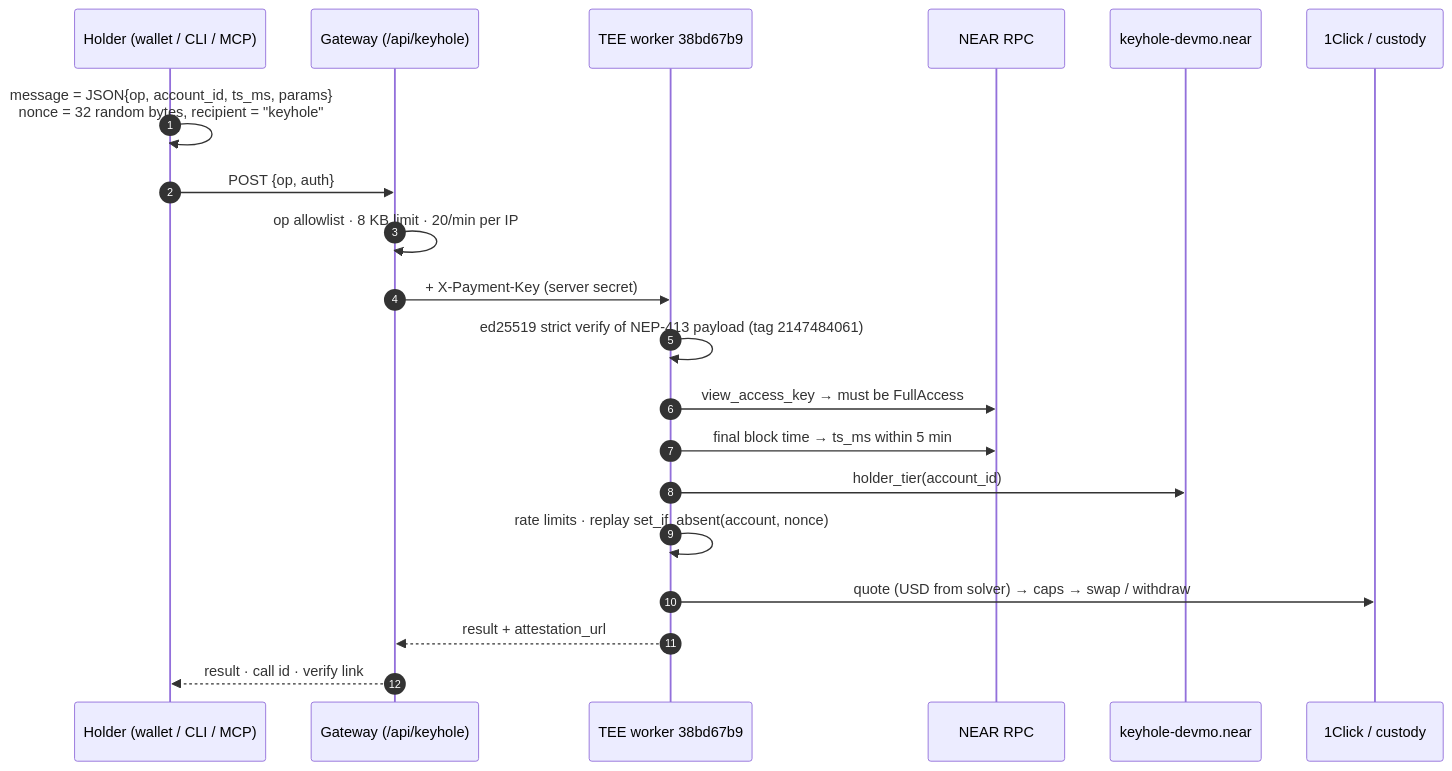
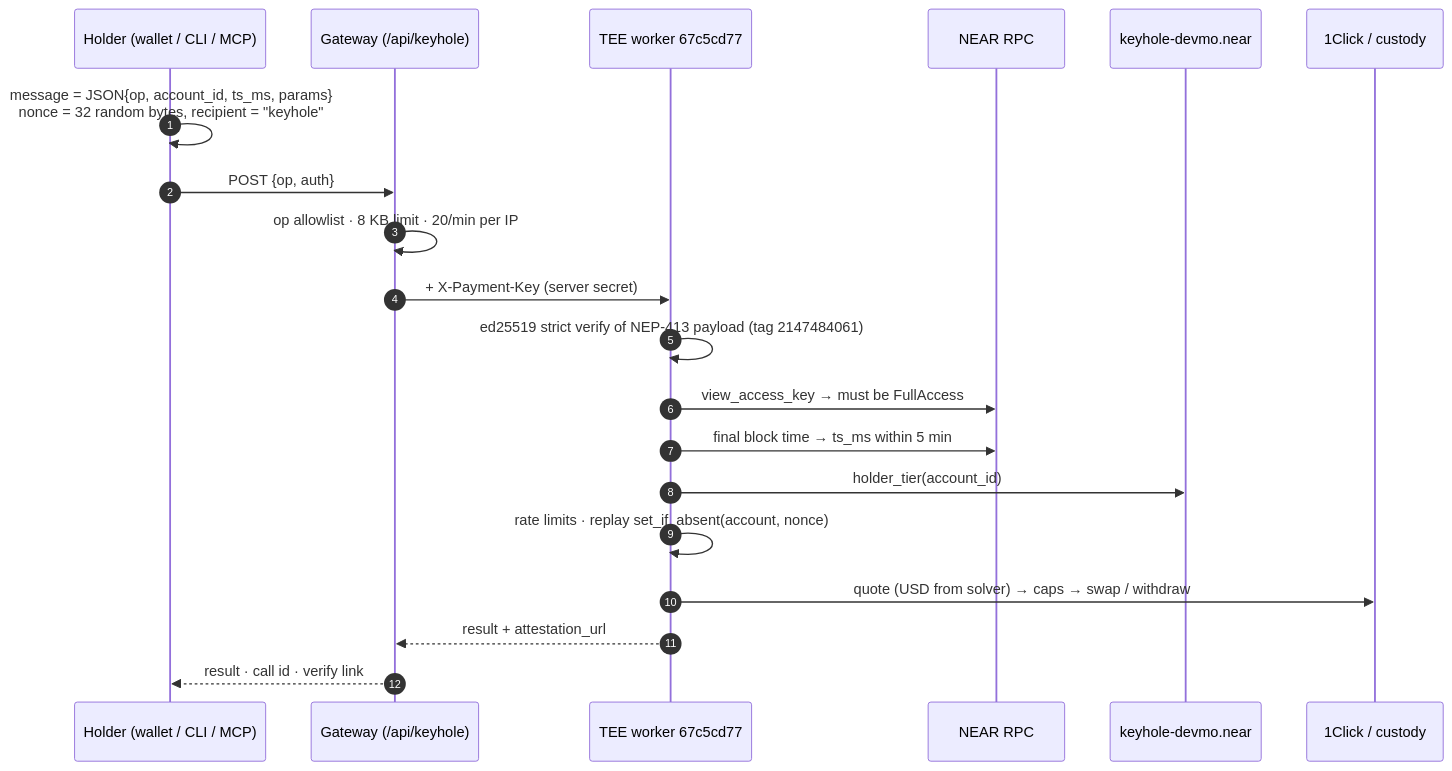
The second of 2 diagrams in README.md (mohamedwael201193/keyhole), drawn with Mermaid before and after one commit. The commit also changed other lines of this file and 10 other files, not shown here.

````diff
--- a/README.md
+++ b/README.md
@@ -249,22 +250,22 @@
 ```mermaid
 sequenceDiagram
   autonumber
   participant U as Holder (wallet / CLI / MCP)
   participant G as Gateway (/api/keyhole)
-  participant T as TEE worker 38bd67b9
+  participant T as TEE worker 67c5cd77
   participant R as NEAR RPC
   participant K as keyhole-devmo.near
   participant X as 1Click / custody
   U->>U: message = JSON{op, account_id, ts_ms, params}<br/>nonce = 32 random bytes, recipient = "keyhole"
   U->>G: POST {op, auth}
   G->>G: op allowlist · 8 KB limit · 20/min per IP
   G->>T: + X-Payment-Key (server secret)
   T->>T: ed25519 strict verify of NEP-413 payload (tag 2147484061)
   T->>R: view_access_key → must be FullAccess
   T->>R: final block time → ts_ms within 5 min
   T->>K: holder_tier(account_id)
   T->>T: rate limits · replay set_if_absent(account, nonce)
   T->>X: quote (USD from solver) → caps → swap / withdraw
   T-->>G: result + attestation_url
   G-->>U: result · call id · verify link
 ```
````
